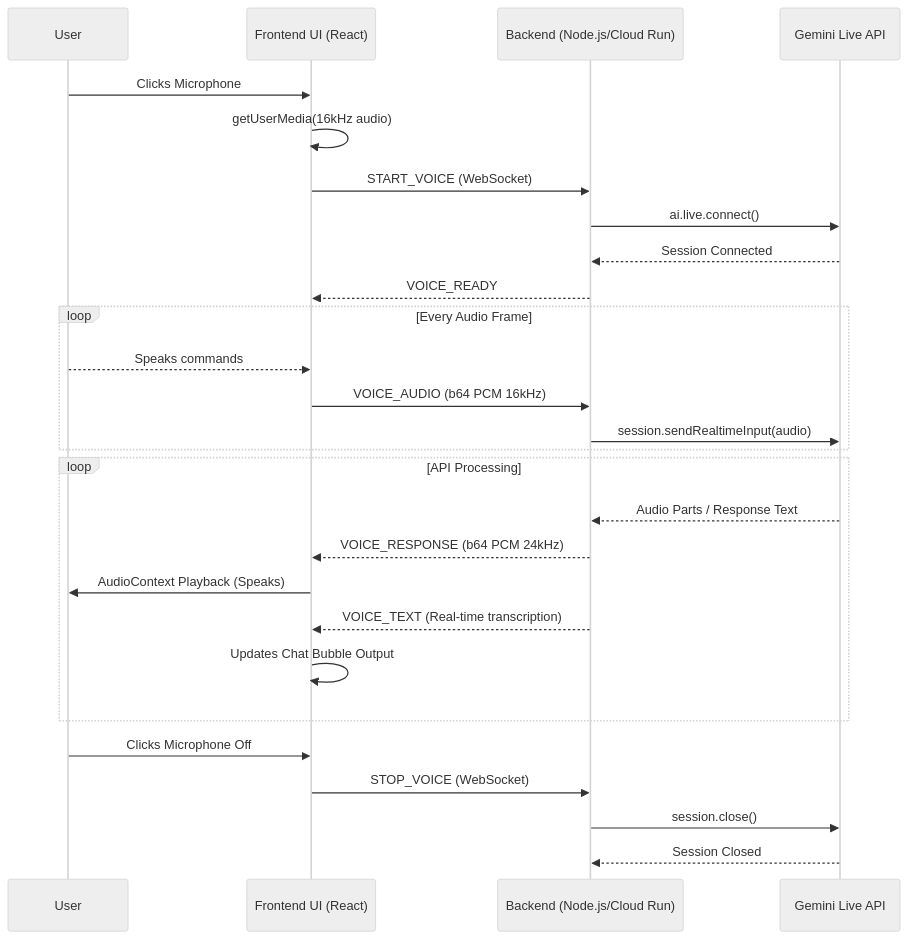
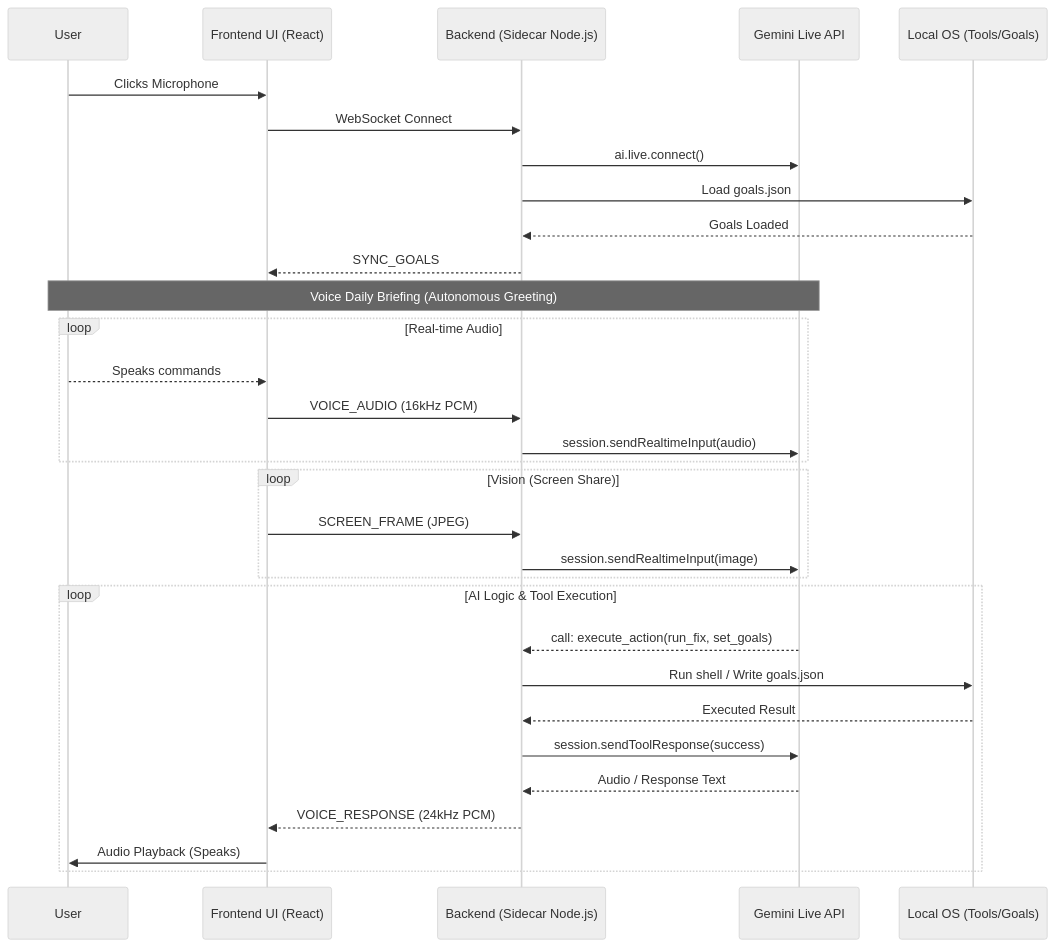
Before and after one commit to umairWali/gemini_live_agent: the diagram in architecture.md, drawn with Mermaid (neutral theme). The commit also changed 2 other files, not shown here.

Commit message:
Docs Update: Added Elite Features and Sequence Diagram

````diff
--- a/architecture.md
+++ b/architecture.md
@@ -5,33 +5,39 @@
 ```mermaid
 sequenceDiagram
     participant User
     participant Frontend UI (React)
-    participant Backend (Node.js/Cloud Run)
+    participant Backend (Sidecar Node.js)
     participant Gemini Live API
+    participant Local OS (Tools/Goals)
     
     User->>Frontend UI (React): Clicks Microphone
-    Frontend UI (React)->>Frontend UI (React): getUserMedia(16kHz audio)
-    Frontend UI (React)->>Backend (Node.js/Cloud Run): START_VOICE (WebSocket)
-    Backend (Node.js/Cloud Run)->>Gemini Live API: ai.live.connect()
-    Gemini Live API-->>Backend (Node.js/Cloud Run): Session Connected
-    Backend (Node.js/Cloud Run)-->>Frontend UI (React): VOICE_READY
+    Frontend UI (React)->>Backend (Sidecar Node.js): WebSocket Connect
+    Backend (Sidecar Node.js)->>Gemini Live API: ai.live.connect()
+    Backend (Sidecar Node.js)->>Local OS (Tools/Goals): Load goals.json
+    Local OS (Tools/Goals)-->>Backend (Sidecar Node.js): Goals Loaded
+    Backend (Sidecar Node.js)-->>Frontend UI (React): SYNC_GOALS
     
-    loop Every Audio Frame
+    Note over User,Gemini Live API: Voice Daily Briefing (Autonomous Greeting)
+    
+    loop Real-time Audio
         User-->>Frontend UI (React): Speaks commands
-        Frontend UI (React)->>Backend (Node.js/Cloud Run): VOICE_AUDIO (b64 PCM 16kHz)
-        Backend (Node.js/Cloud Run)->>Gemini Live API: session.sendRealtimeInput(audio)
+        Frontend UI (React)->>Backend (Sidecar Node.js): VOICE_AUDIO (16kHz PCM)
+        Backend (Sidecar Node.js)->>Gemini Live API: session.sendRealtimeInput(audio)
     end
     
-    loop API Processing
-        Gemini Live API-->>Backend (Node.js/Cloud Run): Audio Parts / Response Text
-        Backend (Node.js/Cloud Run)-->>Frontend UI (React): VOICE_RESPONSE (b64 PCM 24kHz)
-        Frontend UI (React)->>User: AudioContext Playback (Speaks)
-        Backend (Node.js/Cloud Run)-->>Frontend UI (React): VOICE_TEXT (Real-time transcription)
-        Frontend UI (React)->>Frontend UI (React): Updates Chat Bubble Output
+    loop Vision (Screen Share)
+        Frontend UI (React)->>Backend (Sidecar Node.js): SCREEN_FRAME (JPEG)
+        Backend (Sidecar Node.js)->>Gemini Live API: session.sendRealtimeInput(image)
     end
-
-    User->>Frontend UI (React): Clicks Microphone Off
-    Frontend UI (React)->>Backend (Node.js/Cloud Run): STOP_VOICE (WebSocket)
-    Backend (Node.js/Cloud Run)->>Gemini Live API: session.close()
-    Gemini Live API-->>Backend (Node.js/Cloud Run): Session Closed
+    
+    loop AI Logic & Tool Execution
+        Gemini Live API-->>Backend (Sidecar Node.js): call: execute_action(run_fix, set_goals)
+        Backend (Sidecar Node.js)->>Local OS (Tools/Goals): Run shell / Write goals.json
+        Local OS (Tools/Goals)-->>Backend (Sidecar Node.js): Executed Result
+        Backend (Sidecar Node.js)->>Gemini Live API: session.sendToolResponse(success)
+        
+        Gemini Live API-->>Backend (Sidecar Node.js): Audio / Response Text
+        Backend (Sidecar Node.js)-->>Frontend UI (React): VOICE_RESPONSE (24kHz PCM)
+        Frontend UI (React)->>User: Audio Playback (Speaks)
+    end
 ```
````
